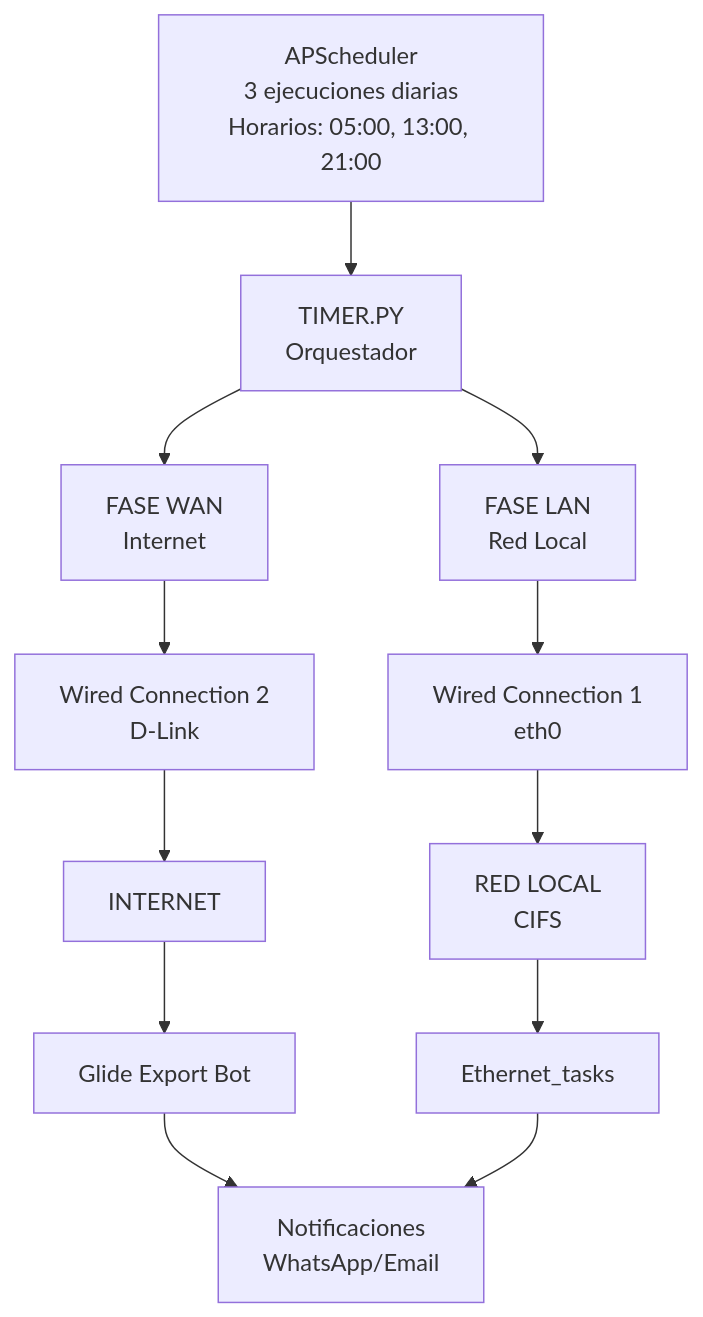
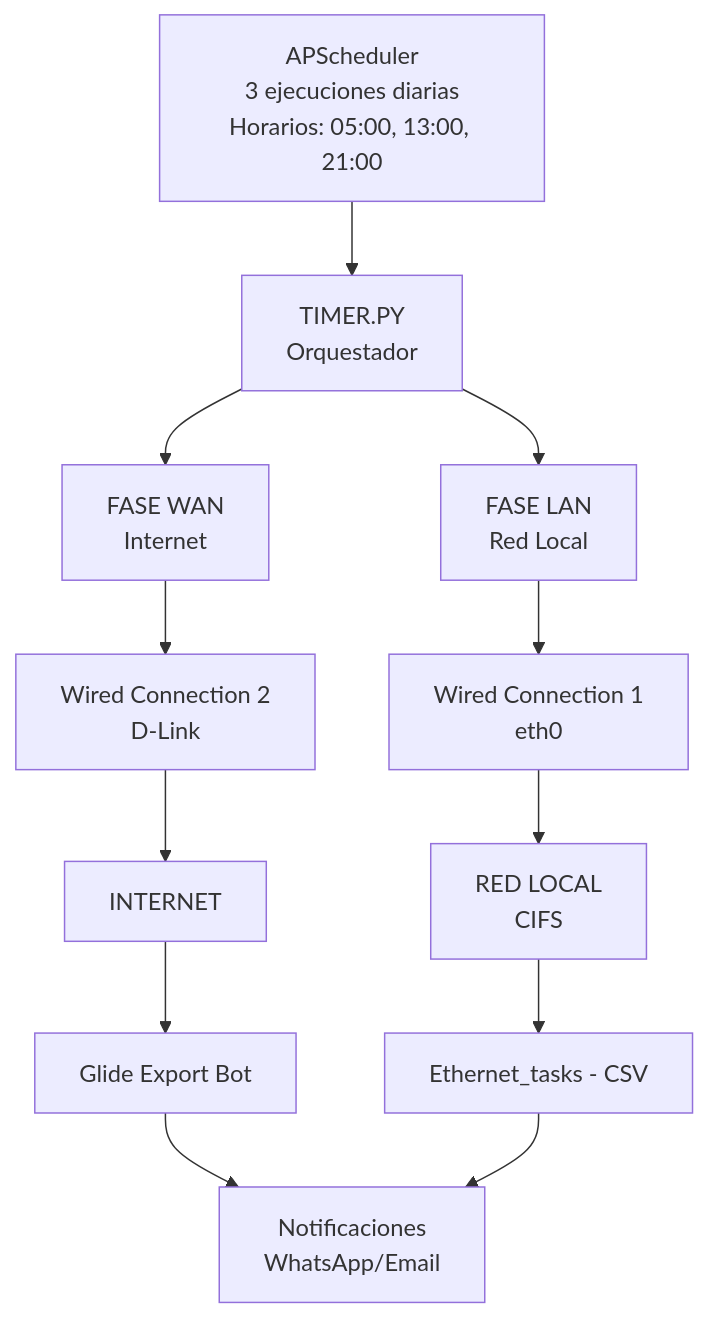
Before and after one commit to ebohorquez589/Prueba: the diagram in README.md, drawn with Mermaid.

````diff
--- a/README.md
+++ b/README.md
@@ -42,18 +42,18 @@
 ```mermaid
 graph TD
     B[APScheduler<br/>3 ejecuciones diarias<br/>Horarios: 05:00, 13:00, 21:00] --> A[TIMER.PY <br/>Orquestador]
     A --> C[FASE WAN<br/>Internet]
     A --> D[FASE LAN<br/>Red Local]
     
     C --> E[Wired Connection 2<br/>D-Link]
     D --> F[Wired Connection 1<br/>eth0]
     
     E --> G[INTERNET]
     F --> H[RED LOCAL <br/>CIFS]
     
     G --> I[Glide Export Bot]
-    H --> J[Ethernet_tasks]
+    H --> J[Ethernet_tasks - CSV]
     
     I --> K[Notificaciones<br/>WhatsApp/Email]
     J --> K
 ```
````
